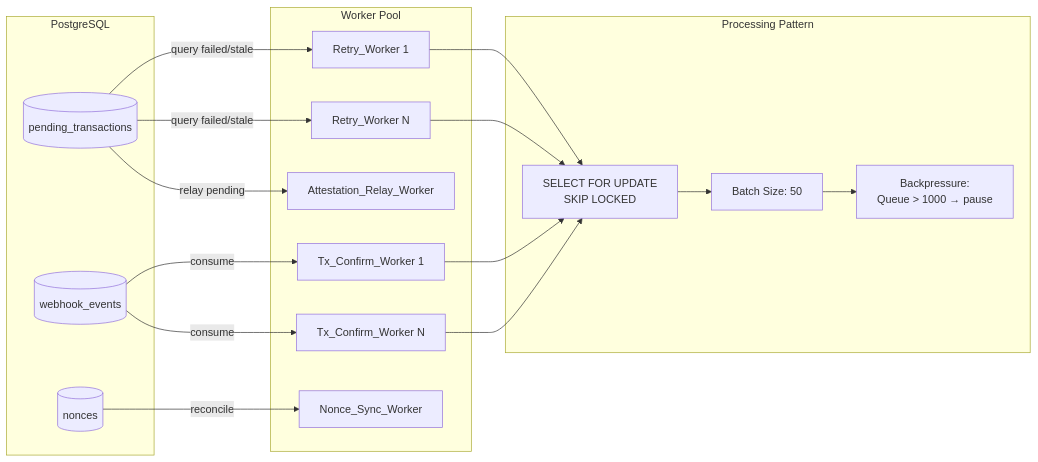
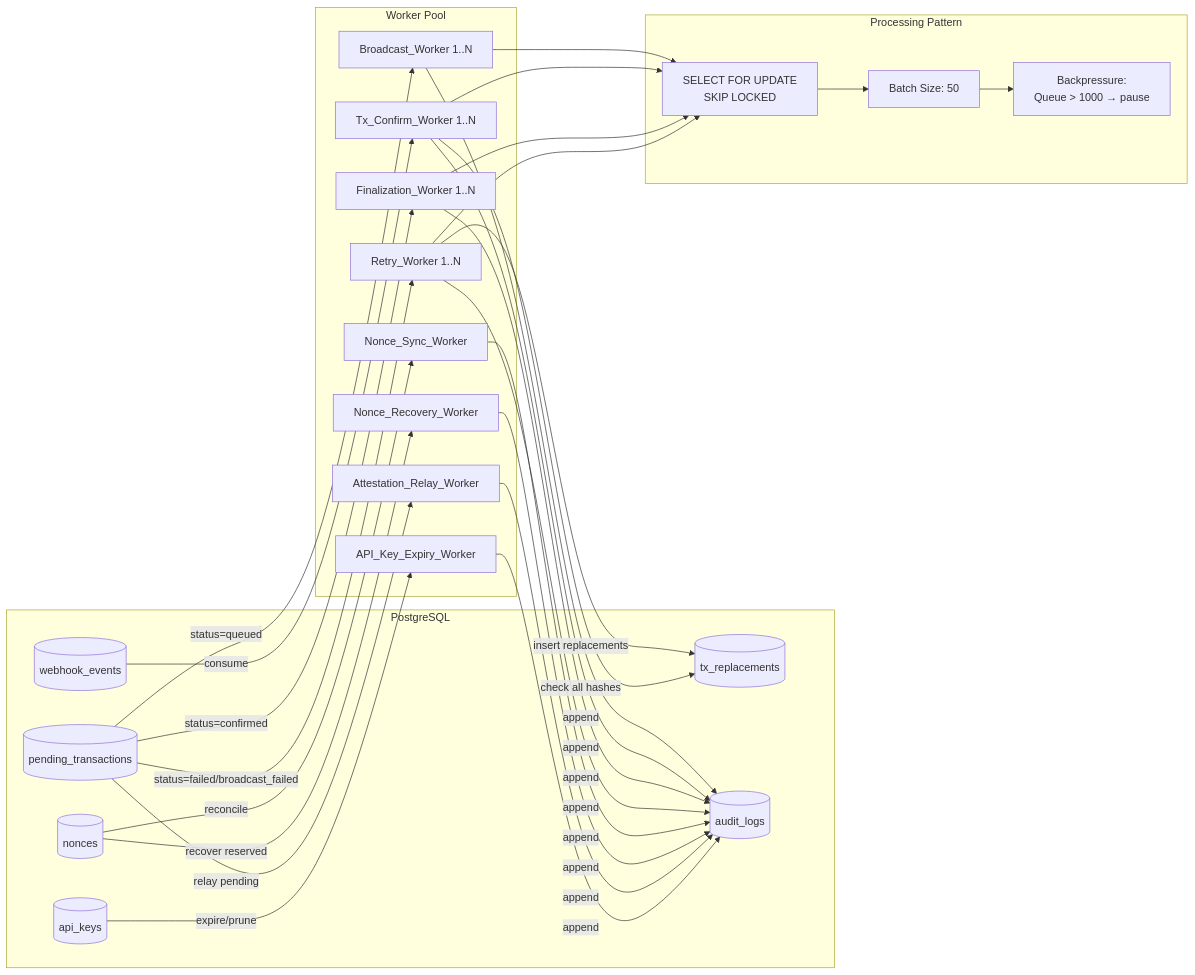
Before and after one commit to itsme-boii/archetectures: the sixth of 11 diagrams in README.md, drawn with Mermaid. The commit also changed other lines of this file, not shown here.

````diff
--- a/README.md
+++ b/README.md
@@ -192,32 +289,45 @@
 ```mermaid
 graph LR
     subgraph "Worker Pool"
-        TCW1[Tx_Confirm_Worker 1]
-        TCW2[Tx_Confirm_Worker N]
-        RW1[Retry_Worker 1]
-        RW2[Retry_Worker N]
+        BW1[Broadcast_Worker 1..N]
+        TCW1[Tx_Confirm_Worker 1..N]
+        FW1[Finalization_Worker 1..N]
+        RW1[Retry_Worker 1..N]
         NSW1[Nonce_Sync_Worker]
+        NRW1[Nonce_Recovery_Worker]
         ARW1[Attestation_Relay_Worker]
+        AKW1[API_Key_Expiry_Worker]
     end
 
     subgraph "PostgreSQL"
         PT[(pending_transactions)]
+        TR[(tx_replacements)]
         WE[(webhook_events)]
         NO[(nonces)]
+        AL[(audit_logs)]
+        AK[(api_keys)]
     end
 
     subgraph "Processing Pattern"
         LOCK[SELECT FOR UPDATE<br/>SKIP LOCKED]
         BATCH[Batch Size: 50]
         BP[Backpressure:<br/>Queue > 1000 → pause]
     end
 
-    WE -->|consume| TCW1 & TCW2
-    PT -->|query failed/stale| RW1 & RW2
+    PT -->|status=queued| BW1
+    WE -->|consume| TCW1
+    PT -->|status=confirmed| FW1
+    PT -->|status=failed/broadcast_failed| RW1
     NO -->|reconcile| NSW1
+    NO -->|recover reserved| NRW1
     PT -->|relay pending| ARW1
+    AK -->|expire/prune| AKW1
+    
+    RW1 -->|insert replacements| TR
+    TCW1 -->|check all hashes| TR
 
-    TCW1 & TCW2 --> LOCK
-    RW1 & RW2 --> LOCK
+    BW1 & TCW1 & FW1 & RW1 --> LOCK
     LOCK --> BATCH --> BP
+    
+    BW1 & TCW1 & FW1 & RW1 & NSW1 & NRW1 & ARW1 & AKW1 -->|append| AL
 ```
````
